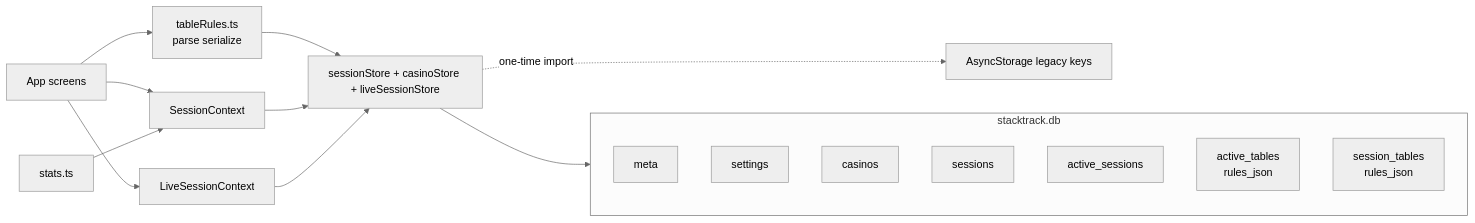
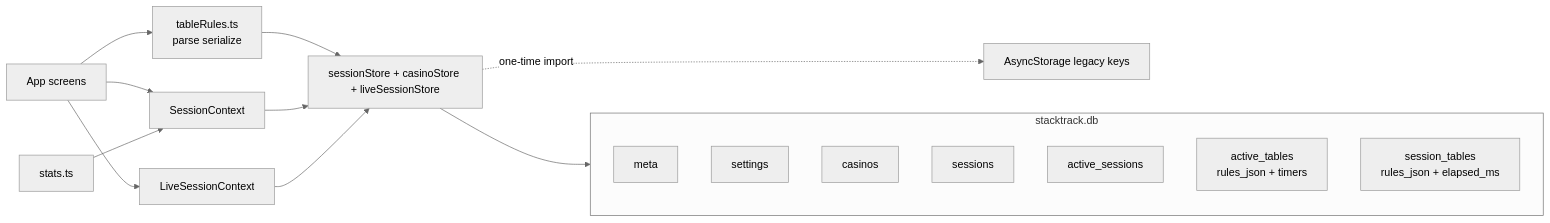
One commit to Trevor5008/StackTrack changed the second of 2 diagrams in docs/schema.md. Above: the diagram before and after it, drawn with Mermaid (neutral theme). The commit also changed other lines of this file and 23 other files, not shown here.

Commit message:
feat: per-table play/pause timers and UI polish Session hours come from the sum of table timers (schema v4) Swipe-delete on casino cards, rename on long-press Table cards now include minimum bet and are titled based on date and time started for easier identification Docs/Changelog updates

````diff
--- a/docs/schema.md
+++ b/docs/schema.md
@@ -310,22 +336,22 @@
 ```mermaid
 flowchart LR
   subgraph SQLite["stacktrack.db"]
     Meta[meta]
     SettingsTbl[settings]
     CasinosTbl[casinos]
     SessionsTbl[sessions]
     ActiveSessions[active_sessions]
-    ActiveTables["active_tables<br/>rules_json"]
-    SessionTables["session_tables<br/>rules_json"]
+    ActiveTables["active_tables<br/>rules_json + timers"]
+    SessionTables["session_tables<br/>rules_json + elapsed_ms"]
   end
 
   Store["sessionStore + casinoStore + liveSessionStore"] --> SQLite
   RulesLib["tableRules.ts<br/>parse serialize"] --> Store
   Store -.->|"one-time import"| Legacy[AsyncStorage legacy keys]
   SessionCtx[SessionContext] --> Store
   LiveCtx[LiveSessionContext] --> Store
   Screens[App screens] --> SessionCtx
   Screens --> LiveCtx
   Screens --> RulesLib
   Stats[stats.ts] --> SessionCtx
 ```
````
